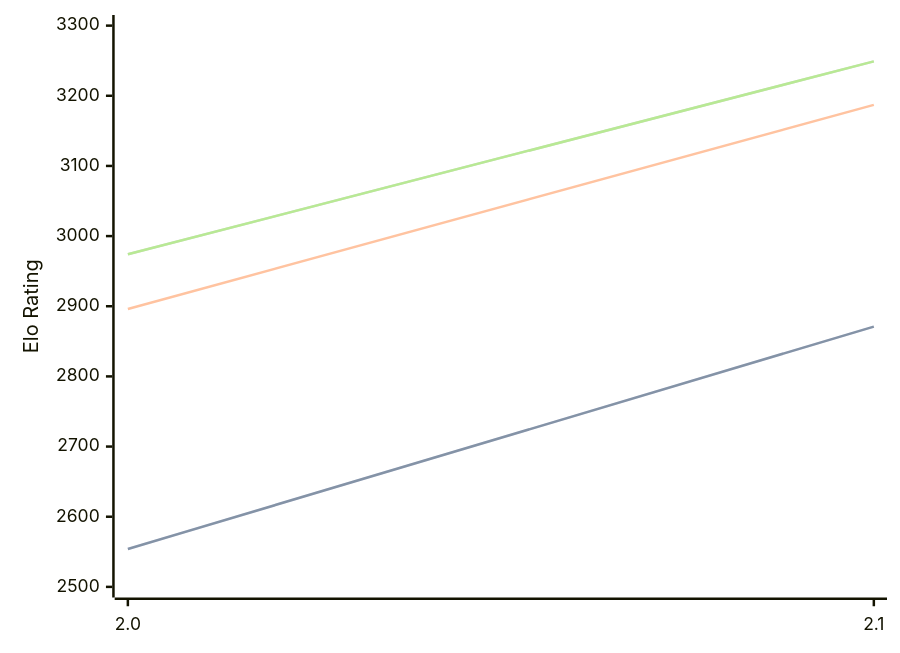
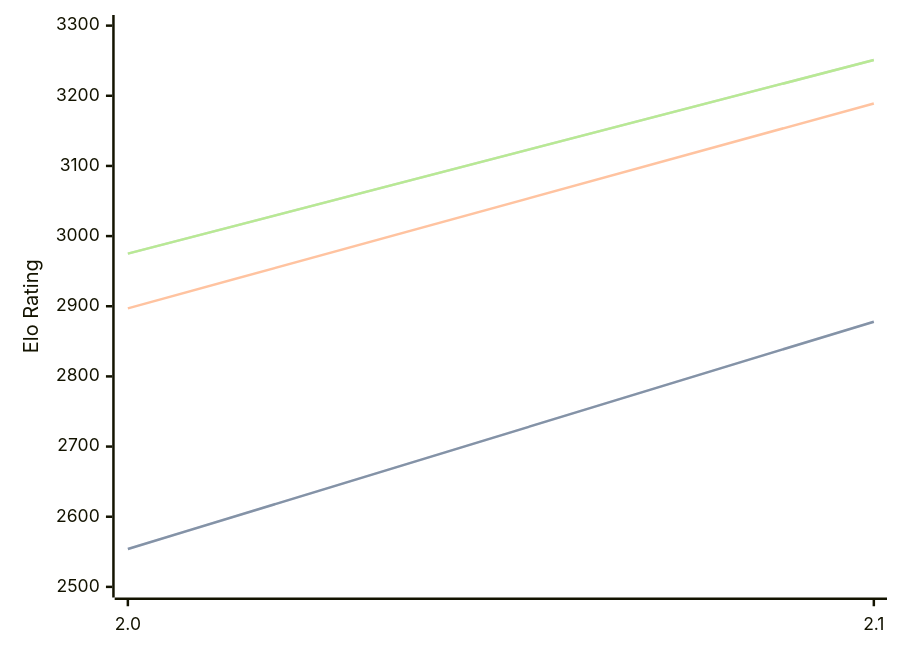
Before and after one commit to computer-chess-index/cci: the diagram in engines/Tunguska.md, drawn with Mermaid. The commit also changed other lines of this file, not shown here.

Commit message:
Update CCI Ratings (ELO VLTC) - 2026-05-06

````diff
--- a/engines/Tunguska.md
+++ b/engines/Tunguska.md
@@ -32,11 +32,11 @@
 ```mermaid
 %%{init: {"theme":"base","themeVariables":{"seriesColors:['#a3a3a3','#222221','#faa371']}}}%%
 xychart-beta
   x-axis ["2.0", "2.1"]
   y-axis "Elo Rating" 2500 --> 3300
-  line "STC (8.0+0.08s)" [2554, 2871]
-  line "STC (8.0+0.08s)" [2554, 2871]
-  line "LTC (60.0+0.60s)" [2896, 3187]
-  line "VLTC (2m24s+1.12s)" [2974, 3249]
-  line "VLTC (2m24s+1.12s)" [2974, 3249]
+  line "STC (8.0+0.08s)" [2554, 2878]
+  line "STC (8.0+0.08s)" [2554, 2878]
+  line "LTC (60.0+0.60s)" [2897, 3189]
+  line "VLTC (2m24s+1.12s)" [2975, 3251]
+  line "VLTC (2m24s+1.12s)" [2975, 3251]
 ```
````
